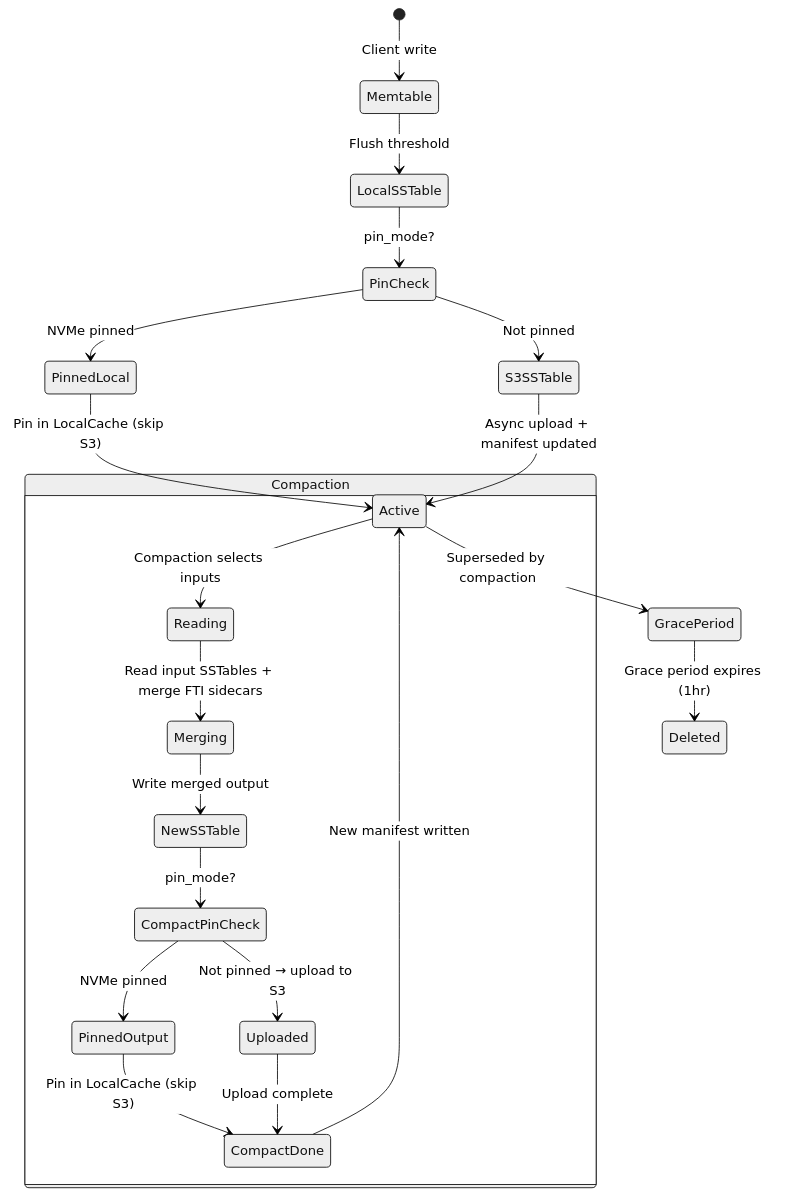
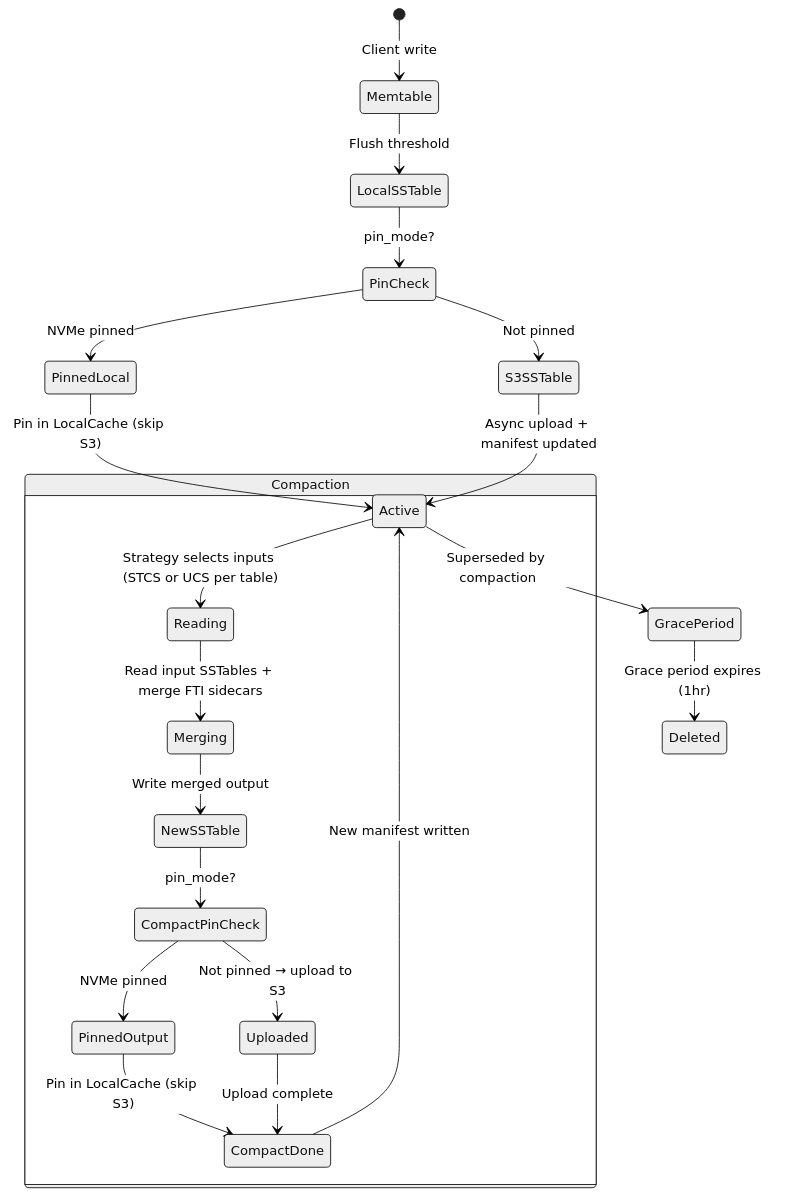
The ninth of 20 diagrams in specs/data-flow.md (ferrosadb/ferrosa), drawn with Mermaid (neutral theme) before and after one commit. The commit also changed 4 other files, not shown here.

First line of the commit message:
docs: update specs for UCS compaction, SOUNDS LIKE, and current status

````diff
--- a/specs/data-flow.md
+++ b/specs/data-flow.md
@@ -278,29 +278,29 @@
 ```mermaid
 stateDiagram-v2
     [*] --> Memtable: Client write
     Memtable --> LocalSSTable: Flush threshold
     LocalSSTable --> PinCheck: pin_mode?
 
     state PinCheck <<choice>>
     PinCheck --> PinnedLocal: NVMe pinned
     PinCheck --> S3SSTable: Not pinned
 
     PinnedLocal --> Active: Pin in LocalCache (skip S3)
     S3SSTable --> Active: Async upload + manifest updated
 
     state "Compaction" as Compact {
-        Active --> Reading: Compaction selects inputs
+        Active --> Reading: Strategy selects inputs (STCS or UCS per table)
         Reading --> Merging: Read input SSTables + merge FTI sidecars
         Merging --> NewSSTable: Write merged output
         NewSSTable --> CompactPinCheck: pin_mode?
         state CompactPinCheck <<choice>>
         CompactPinCheck --> PinnedOutput: NVMe pinned
         CompactPinCheck --> Uploaded: Not pinned → upload to S3
         PinnedOutput --> CompactDone: Pin in LocalCache (skip S3)
         Uploaded --> CompactDone: Upload complete
     }
 
     CompactDone --> Active: New manifest written
     Active --> GracePeriod: Superseded by compaction
     GracePeriod --> Deleted: Grace period expires (1hr)
 ```
````
